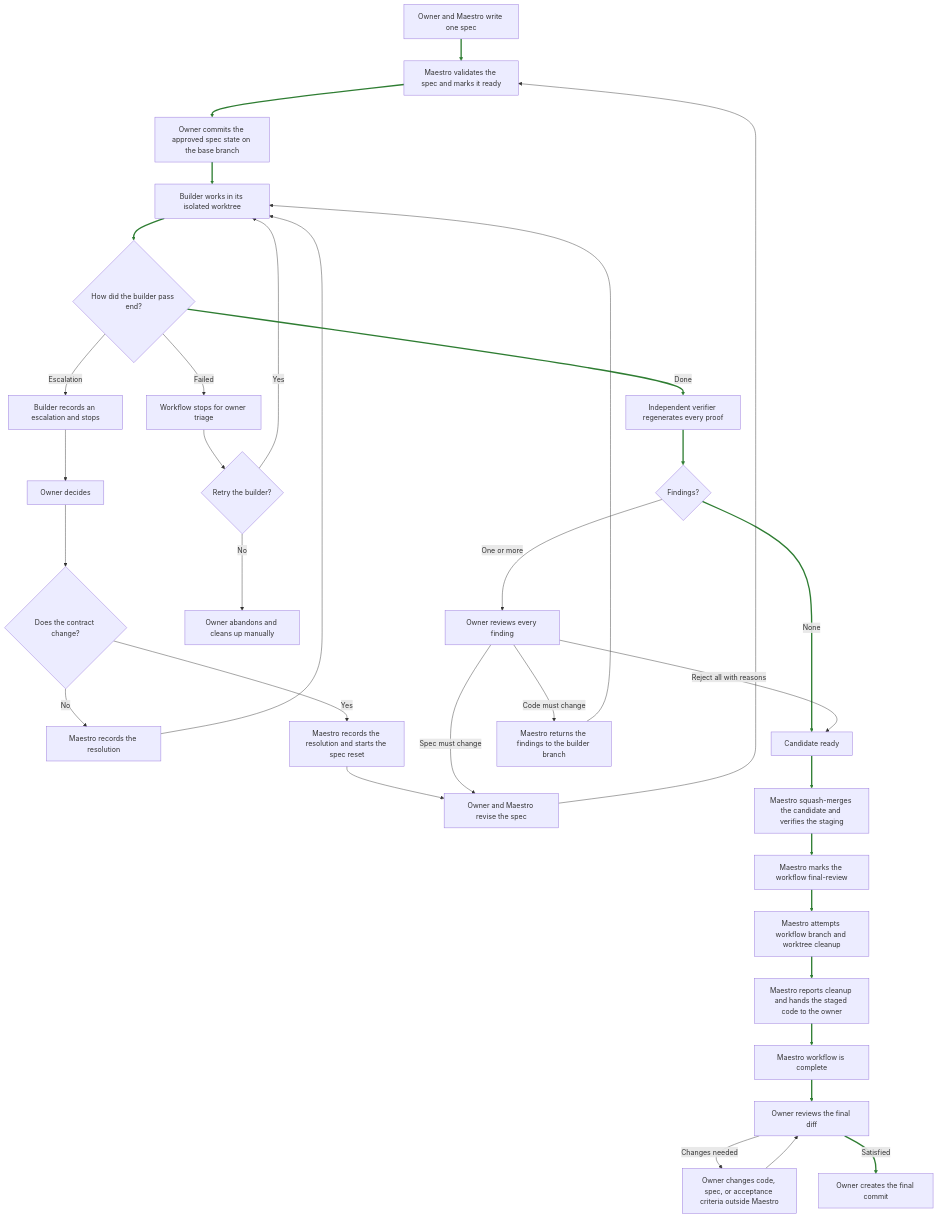
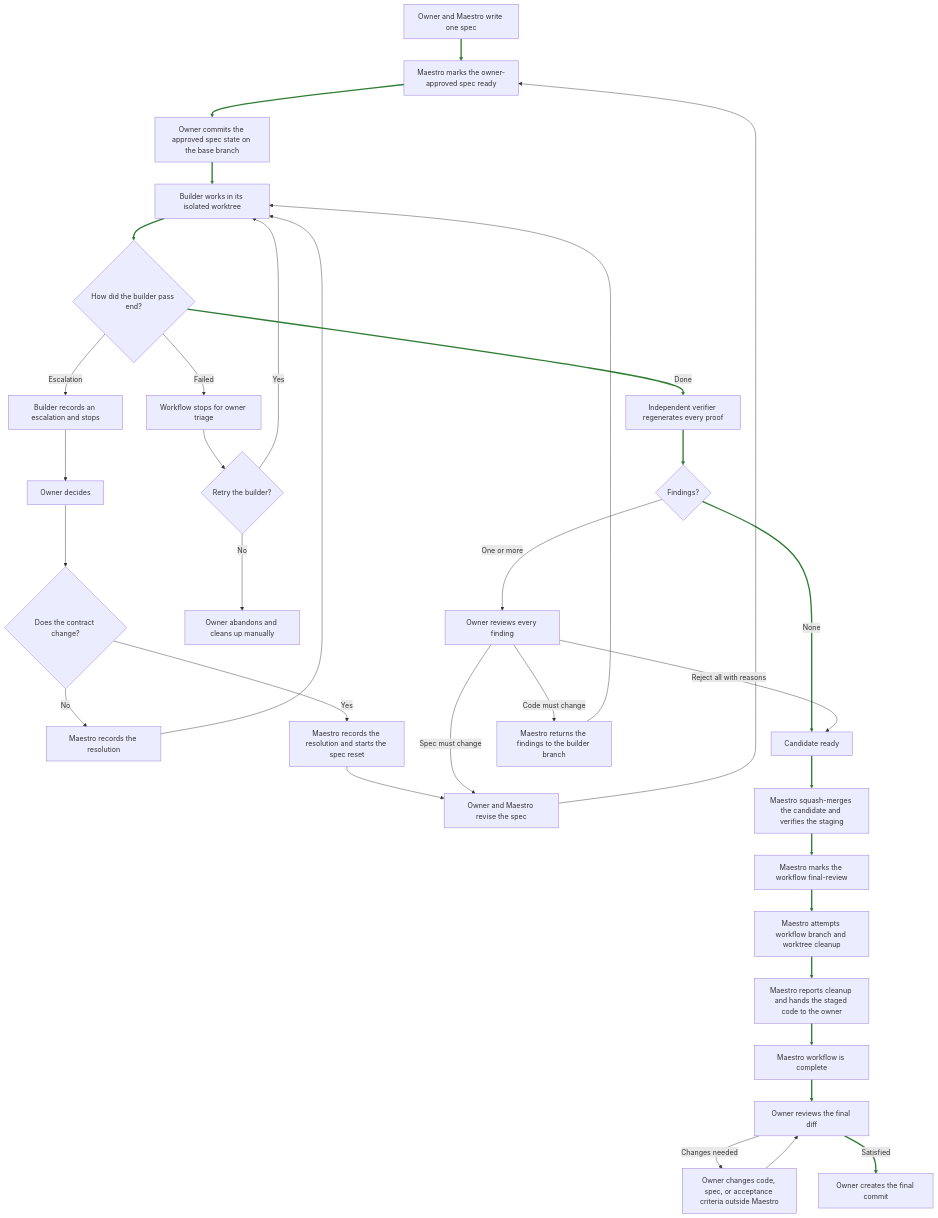
Before and after one commit to emilioSp/pi-maestro: the diagram in docs/workflow.md, drawn with Mermaid. The commit also changed other lines of this file and 28 other files, not shown here.

````diff
--- a/docs/workflow.md
+++ b/docs/workflow.md
@@ -58,52 +58,52 @@
 ```mermaid
 flowchart TD
     spec[Owner and Maestro write one spec]
-    ready[Maestro validates the spec and marks it ready]
+    ready[Maestro marks the owner-approved spec ready]
     approval[Owner commits the approved spec state on the base branch]
     build[Builder works in its isolated worktree]
     buildOutcome{How did the builder pass end?}
 
     spec --> ready
     ready --> approval
     approval --> build
     build --> buildOutcome
 
     buildOutcome -->|Escalation| escalation[Builder records an escalation and stops]
     escalation --> ownerAnswer[Owner decides]
     ownerAnswer --> escalationOutcome{Does the contract change?}
     escalationOutcome -->|No| recordContinue[Maestro records the resolution]
     recordContinue --> build
     escalationOutcome -->|Yes| recordRevision[Maestro records the resolution and starts the spec reset]
     recordRevision --> reviseSpec
 
     buildOutcome -->|Failed| builderFailed[Workflow stops for owner triage]
     builderFailed --> retryBuilder{Retry the builder?}
     retryBuilder -->|Yes| build
     retryBuilder -->|No| manualAbandon[Owner abandons and cleans up manually]
 
     buildOutcome -->|Done| verify[Independent verifier regenerates every proof]
     verify --> findings{Findings?}
 
     findings -->|None| candidate[Candidate ready]
     findings -->|One or more| ownerFindings[Owner reviews every finding]
 
     ownerFindings -->|Reject all with reasons| candidate
     ownerFindings -->|Code must change| returnBuilder[Maestro returns the findings to the builder branch]
     returnBuilder --> build
 
     ownerFindings -->|Spec must change| reviseSpec[Owner and Maestro revise the spec]
     reviseSpec --> ready
 
     candidate --> staged[Maestro squash-merges the candidate and verifies the staging]
     staged --> finalState[Maestro marks the workflow final-review]
     finalState --> cleanup[Maestro attempts workflow branch and worktree cleanup]
     cleanup --> finalSummary[Maestro reports cleanup and hands the staged code to the owner]
     finalSummary --> workflowDone[Maestro workflow is complete]
     workflowDone --> humanReview[Owner reviews the final diff]
 
     humanReview -->|Changes needed| adjust[Owner changes code, spec, or acceptance criteria outside Maestro]
     adjust --> humanReview
     humanReview -->|Satisfied| finalCommit[Owner creates the final commit]
 
     linkStyle 0,1,2,3,15,16,17,24,25,26,27,28,29,32 stroke:#2e7d32,stroke-width:3px
 ```
````
